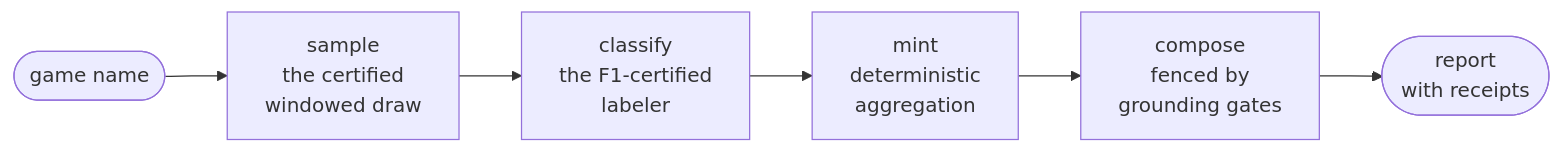
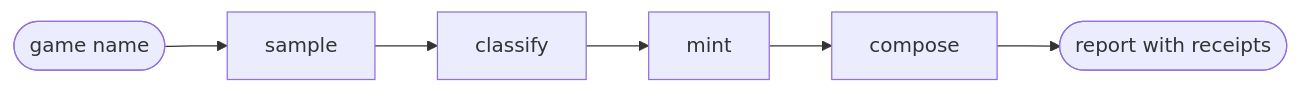
Before and after one commit to arda-basarici/steam-lens: the diagram in README.md, drawn with Mermaid. The commit also changed other lines of this file and 1 other file, not shown here.

````diff
--- a/README.md
+++ b/README.md
@@ -42,8 +42,4 @@
 ```mermaid
 flowchart LR
-    A([game name]) --> B["sample<br/>the certified<br/>windowed draw"]
-    B --> C["classify<br/>the F1-certified<br/>labeler"]
-    C --> D["mint<br/>deterministic<br/>aggregation"]
-    D --> E["compose<br/>fenced by<br/>grounding gates"]
-    E --> F([report<br/>with receipts])
+    A([game name]) --> B[sample] --> C[classify] --> D[mint] --> E[compose] --> F([report with receipts])
 ```
````
